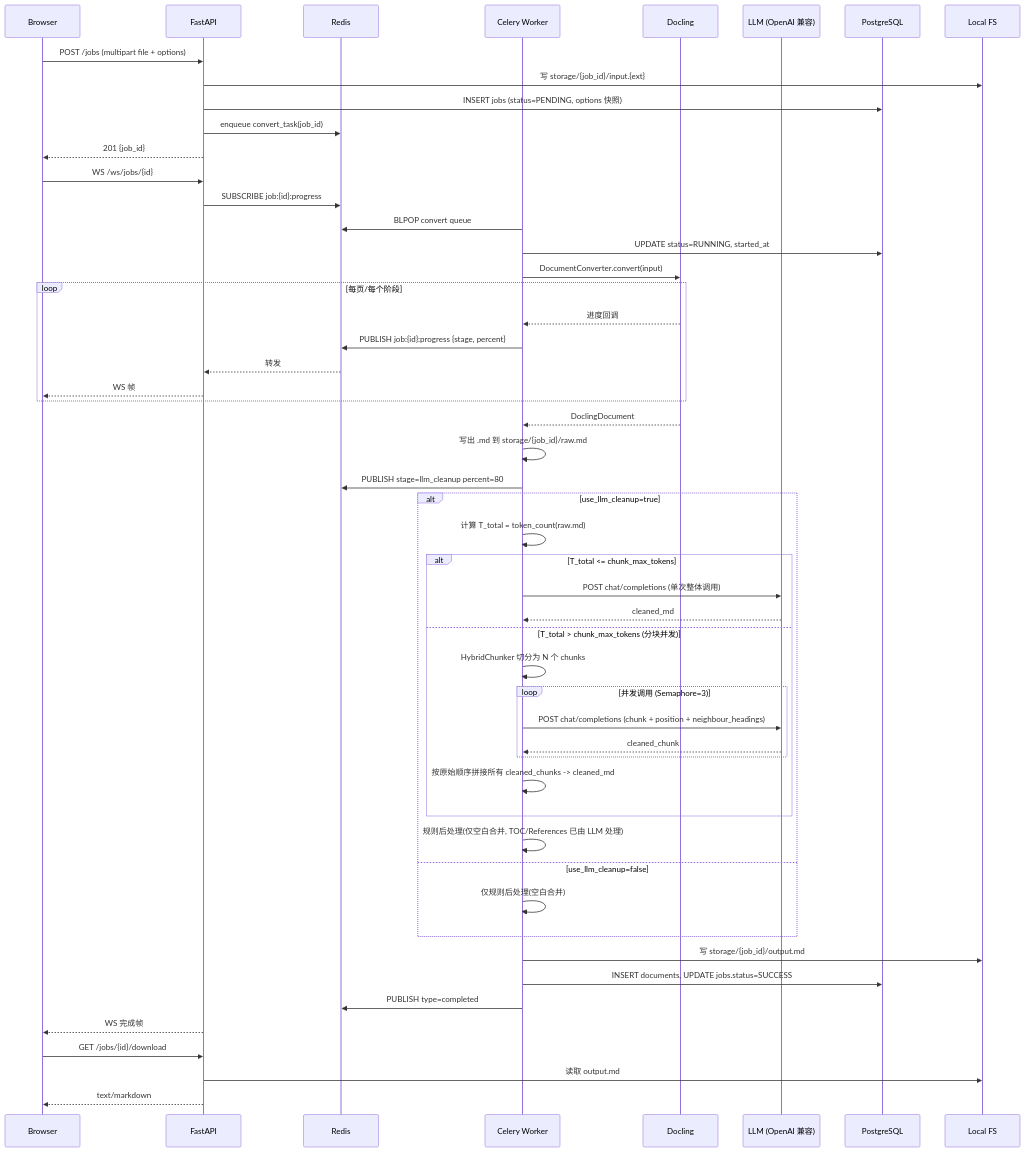
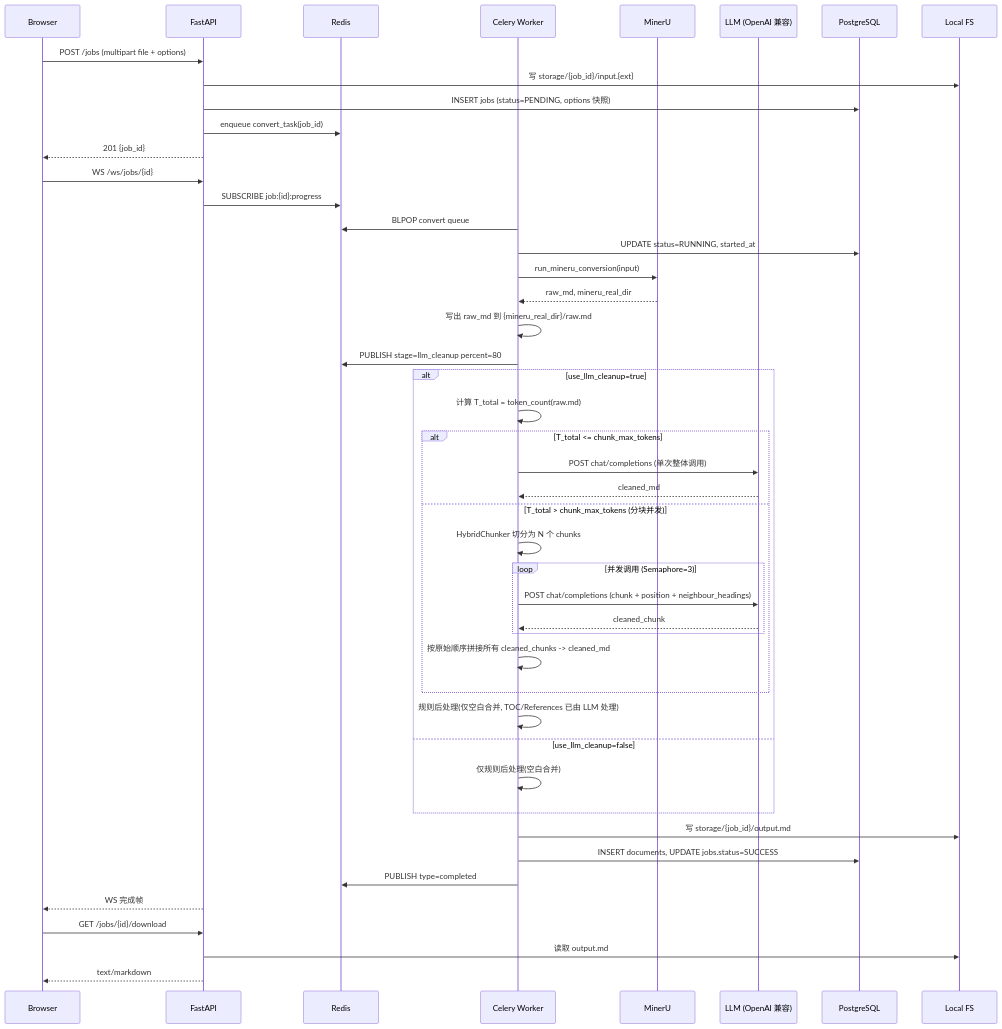
Before and after one commit to zx2015/doc2md: the second of 2 diagrams in docs/superpowers/specs/2026-06-12-doc2md-design.md, drawn with Mermaid. The commit also changed other lines of this file and 17 other files, not shown here.

````diff
--- a/docs/superpowers/specs/2026-06-12-doc2md-design.md
+++ b/docs/superpowers/specs/2026-06-12-doc2md-design.md
@@ -347,59 +347,53 @@
 ```mermaid
 sequenceDiagram
     participant B as Browser
     participant F as FastAPI
     participant R as Redis
     participant W as Celery Worker
-    participant D as Docling
+    participant M as MinerU
     participant L as LLM (OpenAI 兼容)
     participant DB as PostgreSQL
     participant FS as Local FS
 
     B->>F: POST /jobs (multipart file + options)
     F->>FS: 写 storage/{job_id}/input.{ext}
     F->>DB: INSERT jobs (status=PENDING, options 快照)
     F->>R: enqueue convert_task(job_id)
     F-->>B: 201 {job_id}
 
     B->>F: WS /ws/jobs/{id}
     F->>R: SUBSCRIBE job:{id}:progress
 
     W->>R: BLPOP convert queue
     W->>DB: UPDATE status=RUNNING, started_at
-    W->>D: DocumentConverter.convert(input)
-    loop 每页/每个阶段
-        D-->>W: 进度回调
-        W->>R: PUBLISH job:{id}:progress {stage, percent}
-        R-->>F: 转发
-        F-->>B: WS 帧
-    end
-    D-->>W: DoclingDocument
-    W->>W: 写出 .md 到 storage/{job_id}/raw.md
+    W->>M: run_mineru_conversion(input)
+    M-->>W: raw_md, mineru_real_dir
+    W->>W: 写出 raw_md 到 {mineru_real_dir}/raw.md
     W->>R: PUBLISH stage=llm_cleanup percent=80
 
     alt use_llm_cleanup=true
         W->>W: 计算 T_total = token_count(raw.md)
         alt T_total <= chunk_max_tokens
             W->>L: POST chat/completions (单次整体调用)
             L-->>W: cleaned_md
         else T_total > chunk_max_tokens (分块并发)
             W->>W: HybridChunker 切分为 N 个 chunks
             loop 并发调用 (Semaphore=3)
                 W->>L: POST chat/completions (chunk + position + neighbour_headings)
                 L-->>W: cleaned_chunk
             end
             W->>W: 按原始顺序拼接所有 cleaned_chunks -> cleaned_md
         end
         W->>W: 规则后处理(仅空白合并, TOC/References 已由 LLM 处理)
     else use_llm_cleanup=false
         W->>W: 仅规则后处理(空白合并)
     end
 
     W->>FS: 写 storage/{job_id}/output.md
     W->>DB: INSERT documents, UPDATE jobs.status=SUCCESS
     W->>R: PUBLISH type=completed
     F-->>B: WS 完成帧
     B->>F: GET /jobs/{id}/download
     F->>FS: 读取 output.md
     F-->>B: text/markdown
 ```
````
